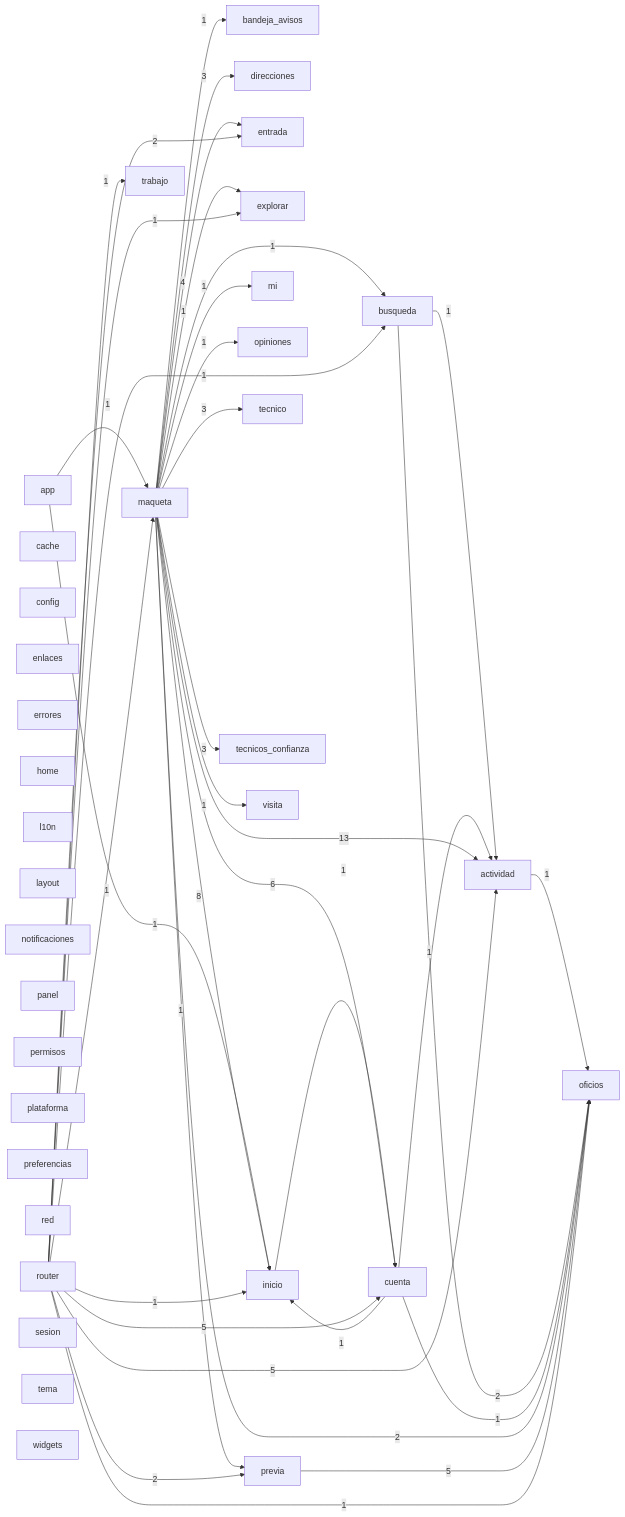
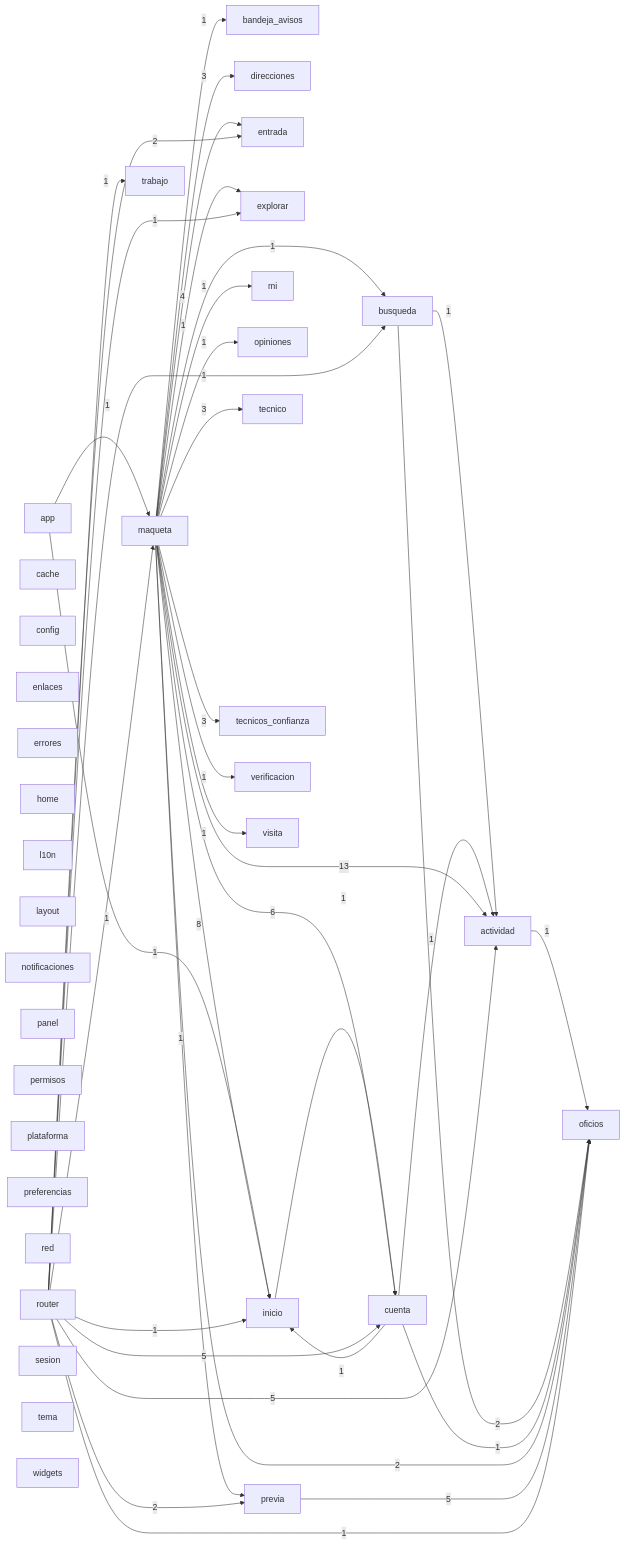
Before and after one commit to Tensei-Devs/knock-frontend: the diagram in docs/architecture/modules.mmd, drawn with Mermaid. The commit also changed 18 other files, not shown here.

```diff
--- a/docs/architecture/modules.mmd
+++ b/docs/architecture/modules.mmd
@@ -1,71 +1,73 @@
 graph LR
   actividad["actividad"]
   app["app"]
   bandeja_avisos["bandeja_avisos"]
   busqueda["busqueda"]
   cache["cache"]
   config["config"]
   cuenta["cuenta"]
   direcciones["direcciones"]
   enlaces["enlaces"]
   entrada["entrada"]
   errores["errores"]
   explorar["explorar"]
   home["home"]
   inicio["inicio"]
   l10n["l10n"]
   layout["layout"]
   maqueta["maqueta"]
   mi["mi"]
   notificaciones["notificaciones"]
   oficios["oficios"]
   opiniones["opiniones"]
   panel["panel"]
   permisos["permisos"]
   plataforma["plataforma"]
   preferencias["preferencias"]
   previa["previa"]
   red["red"]
   router["router"]
   sesion["sesion"]
   tecnico["tecnico"]
   tecnicos_confianza["tecnicos_confianza"]
   tema["tema"]
   trabajo["trabajo"]
+  verificacion["verificacion"]
   visita["visita"]
   widgets["widgets"]
   actividad -->|1| oficios
   app -->|1| inicio
   app -->|1| maqueta
   busqueda -->|1| actividad
   busqueda -->|2| oficios
   cuenta -->|1| actividad
   cuenta -->|1| inicio
   cuenta -->|1| oficios
   inicio -->|1| cuenta
   maqueta -->|13| actividad
   maqueta -->|1| bandeja_avisos
   maqueta -->|1| busqueda
   maqueta -->|6| cuenta
   maqueta -->|3| direcciones
   maqueta -->|4| entrada
   maqueta -->|1| explorar
   maqueta -->|8| inicio
   maqueta -->|1| mi
   maqueta -->|2| oficios
   maqueta -->|1| opiniones
   maqueta -->|1| previa
   maqueta -->|3| tecnico
   maqueta -->|3| tecnicos_confianza
+  maqueta -->|1| verificacion
   maqueta -->|1| visita
   previa -->|5| oficios
   router -->|5| actividad
   router -->|1| busqueda
   router -->|5| cuenta
   router -->|2| entrada
   router -->|1| explorar
   router -->|1| inicio
   router -->|1| maqueta
   router -->|1| oficios
   router -->|2| previa
   router -->|1| trabajo
```
